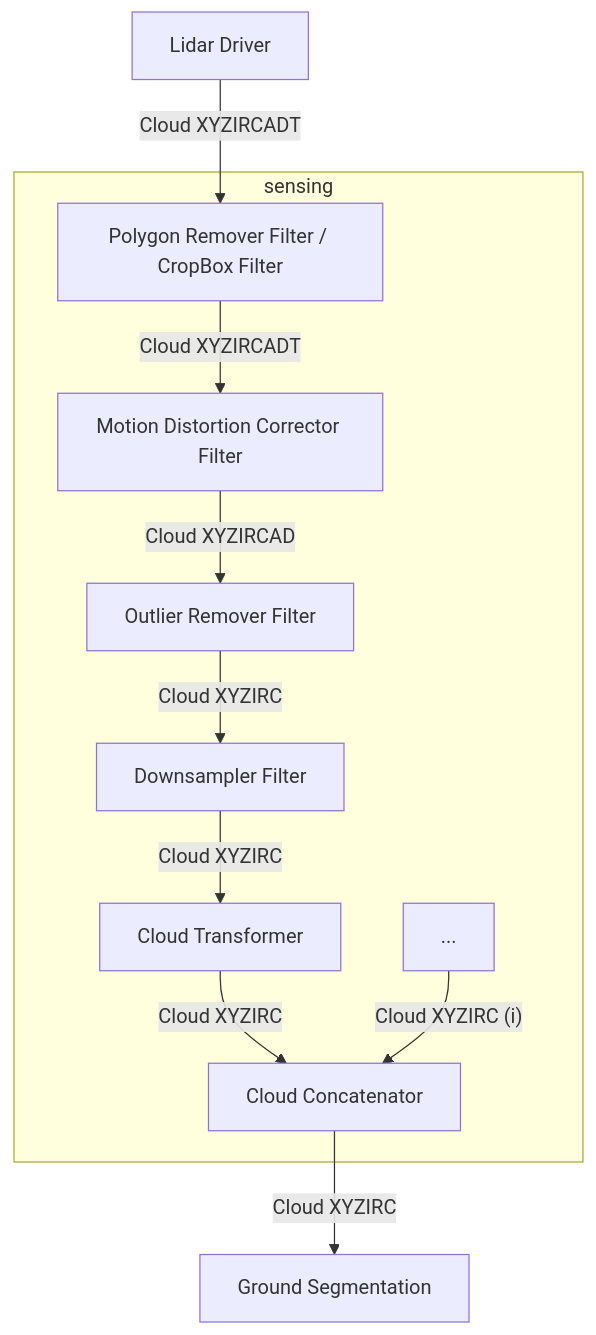
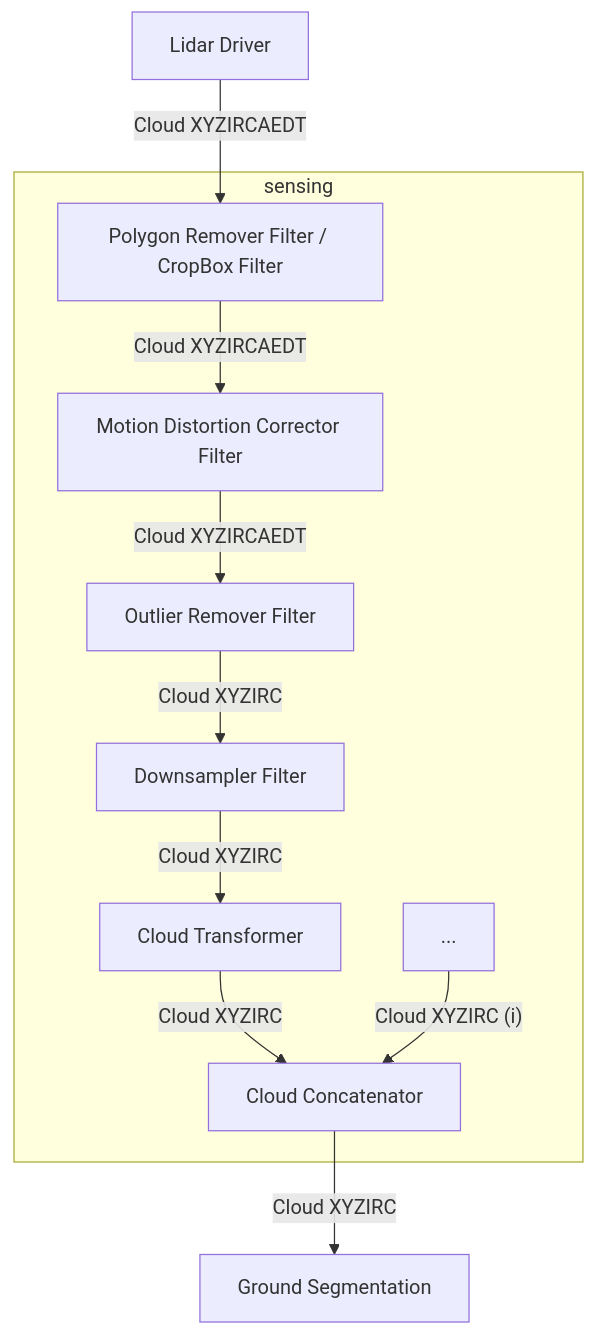
The diagram in docs/design/autoware-architecture/sensing/data-types/point-cloud.md (autowarefoundation/autoware-documentation), drawn with Mermaid before and after one commit. The commit also changed other lines of this file, not shown here.

````diff
--- a/docs/design/autoware-architecture/sensing/data-types/point-cloud.md
+++ b/docs/design/autoware-architecture/sensing/data-types/point-cloud.md
@@ -11,16 +11,16 @@
 ```mermaid
 graph TD
-    Driver["Lidar Driver"] -->|"Cloud XYZIRCADT"| FilterPR["Polygon Remover Filter / CropBox Filter"]
+    Driver["Lidar Driver"] -->|"Cloud XYZIRCAEDT"| FilterPR["Polygon Remover Filter / CropBox Filter"]
 
     subgraph "sensing"
-    FilterPR -->|"Cloud XYZIRCADT"| FilterDC["Motion Distortion Corrector Filter"]
-    FilterDC -->|"Cloud XYZIRCAD"| FilterOF["Outlier Remover Filter"]
+    FilterPR -->|"Cloud XYZIRCAEDT"| FilterDC["Motion Distortion Corrector Filter"]
+    FilterDC -->|"Cloud XYZIRCAEDT"| FilterOF["Outlier Remover Filter"]
     FilterOF -->|"Cloud XYZIRC"| FilterDS["Downsampler Filter"]
     FilterDS -->|"Cloud XYZIRC"| FilterTrans["Cloud Transformer"]
     FilterTrans -->|"Cloud XYZIRC"| FilterC
 
     FilterX["..."] -->|"Cloud XYZIRC (i)"| FilterC["Cloud Concatenator"]
     end
 
     FilterC -->|"Cloud XYZIRC"| SegGr["Ground Segmentation"]
 ```
````
